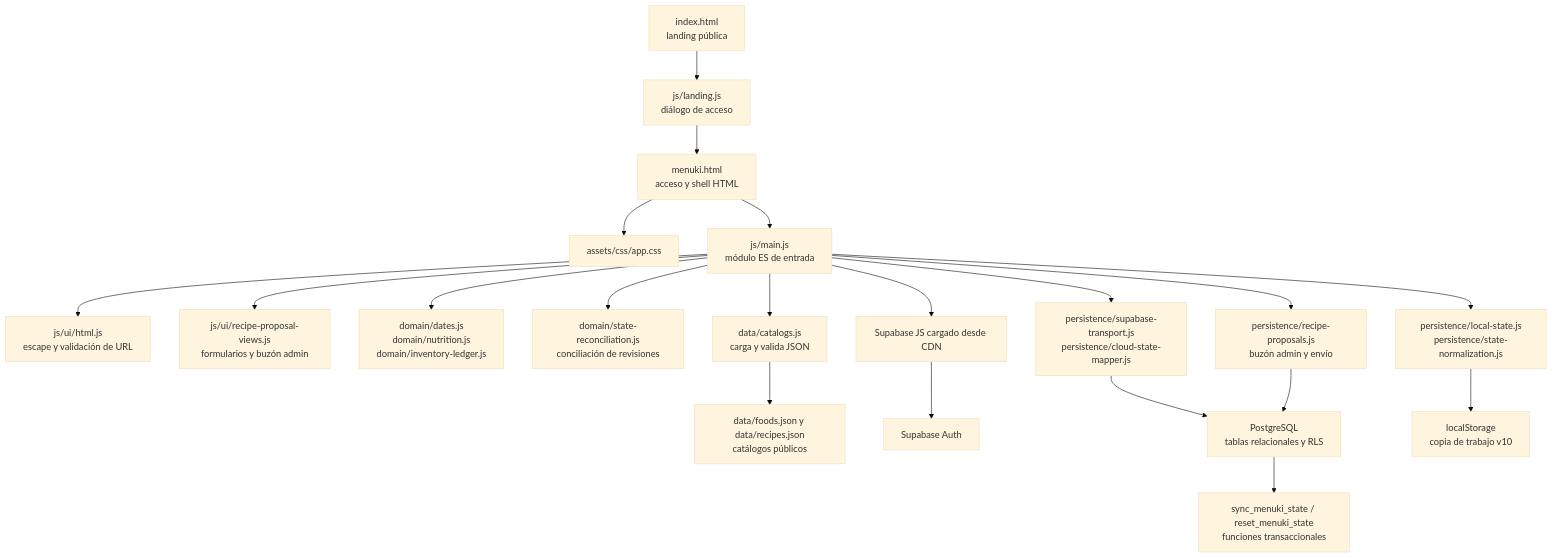
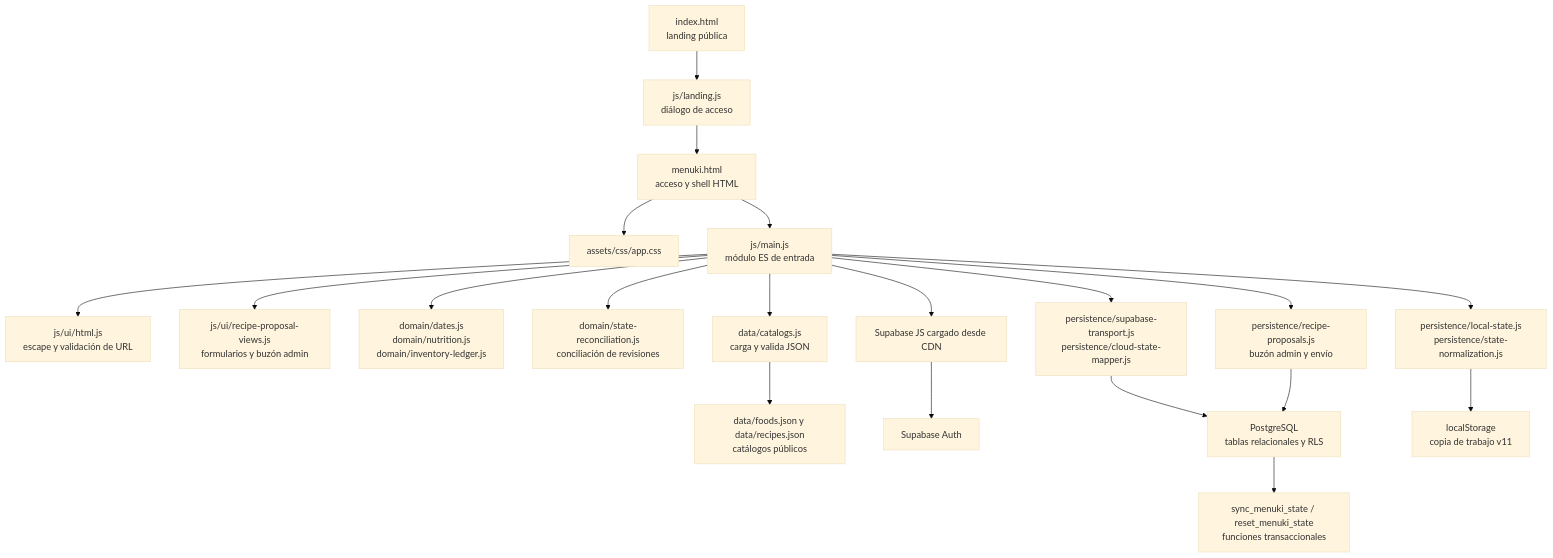
Before and after one commit to adrian-san-lop/food_planning: the diagram in docs/front-end-audit.md, drawn with Mermaid (base theme). The commit also changed other lines of this file and 40 other files, not shown here.

````diff
--- a/docs/front-end-audit.md
+++ b/docs/front-end-audit.md
@@ -18,22 +18,22 @@
 ```mermaid
 flowchart TD
     A[index.html<br/>landing pública] --> LA[js/landing.js<br/>diálogo de acceso]
     LA --> B[menuki.html<br/>acceso y shell HTML]
     B --> CSS[assets/css/app.css]
     B --> M[js/main.js<br/>módulo ES de entrada]
     M --> U[js/ui/html.js<br/>escape y validación de URL]
     M --> PV[js/ui/recipe-proposal-views.js<br/>formularios y buzón admin]
     M --> D[domain/dates.js<br/>domain/nutrition.js<br/>domain/inventory-ledger.js]
     M --> R[domain/state-reconciliation.js<br/>conciliación de revisiones]
     M --> C[data/catalogs.js<br/>carga y valida JSON]
     M --> L[persistence/local-state.js<br/>persistence/state-normalization.js]
     M --> T[persistence/supabase-transport.js<br/>persistence/cloud-state-mapper.js]
     C --> J[data/foods.json y data/recipes.json<br/>catálogos públicos]
     M --> D2[Supabase JS cargado desde CDN]
     D2 --> E[Supabase Auth]
     T --> F[PostgreSQL<br/>tablas relacionales y RLS]
     M --> P[persistence/recipe-proposals.js<br/>buzón admin y envío]
     P --> F
-    L --> G[localStorage<br/>copia de trabajo v10]
+    L --> G[localStorage<br/>copia de trabajo v11]
     F --> H[sync_menuki_state / reset_menuki_state<br/>funciones transaccionales]
 ```
````
